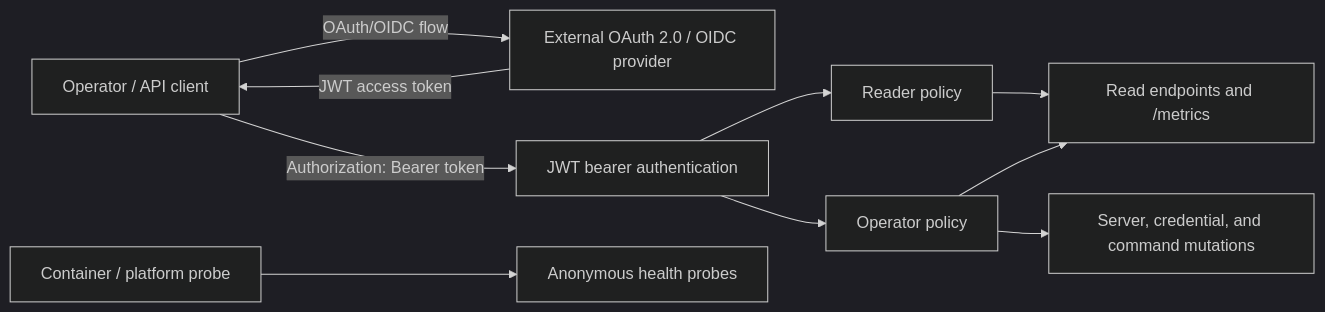
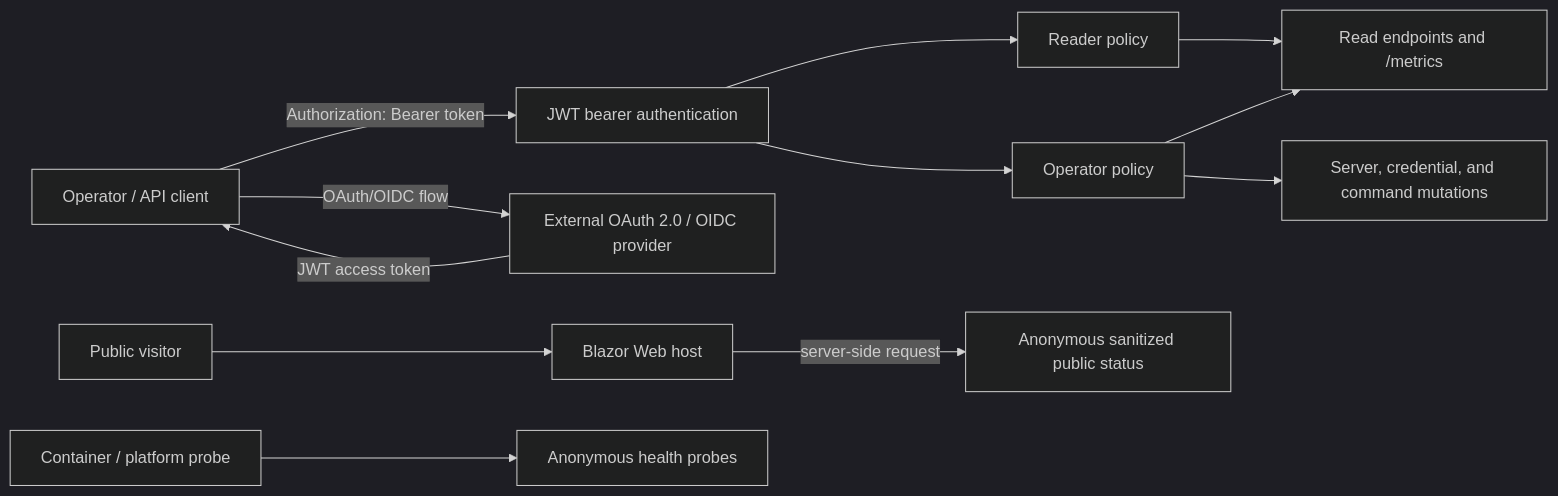
Before and after one commit to tov-vl/gold-src-ops: the second of 8 diagrams in docs/architecture.md, drawn with Mermaid (dark theme). The commit also changed other lines of this file and 5 other files, not shown here.

````diff
--- a/docs/architecture.md
+++ b/docs/architecture.md
@@ -150,22 +161,27 @@
 ```mermaid
 flowchart LR
     client["Operator / API client"]
+    visitor["Public visitor"]
+    web["Blazor Web host"]
     identity["External OAuth 2.0 / OIDC provider"]
     authentication["JWT bearer authentication"]
     reader["Reader policy"]
     operatorPolicy["Operator policy"]
     reads["Read endpoints and /metrics"]
     writes["Server, credential, and command mutations"]
     platform["Container / platform probe"]
     health["Anonymous health probes"]
+    publicStatus["Anonymous sanitized public status"]
 
     client -->|"OAuth/OIDC flow"| identity
     identity -->|"JWT access token"| client
     client -->|"Authorization: Bearer token"| authentication
     authentication --> reader
     authentication --> operatorPolicy
     reader --> reads
     operatorPolicy --> reads
     operatorPolicy --> writes
     platform --> health
+    visitor --> web
+    web -->|"server-side request"| publicStatus
 ```
````
